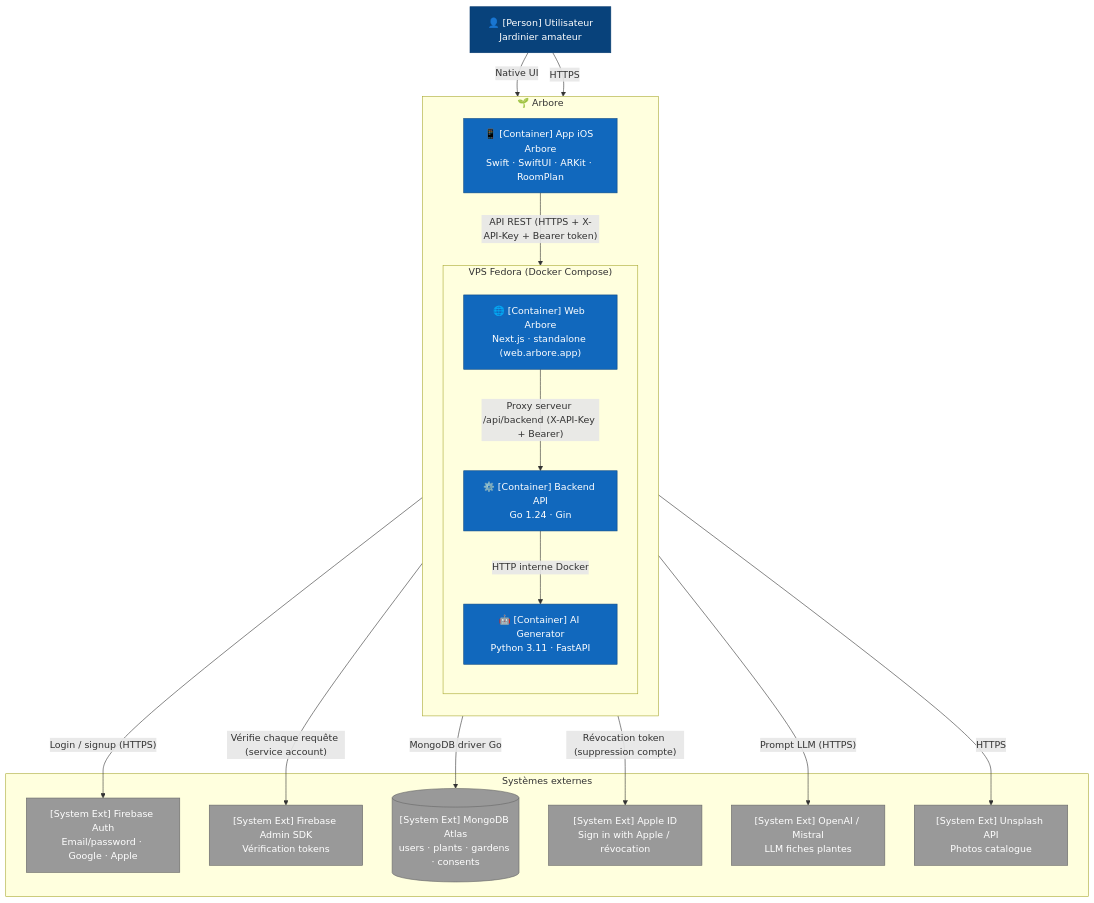
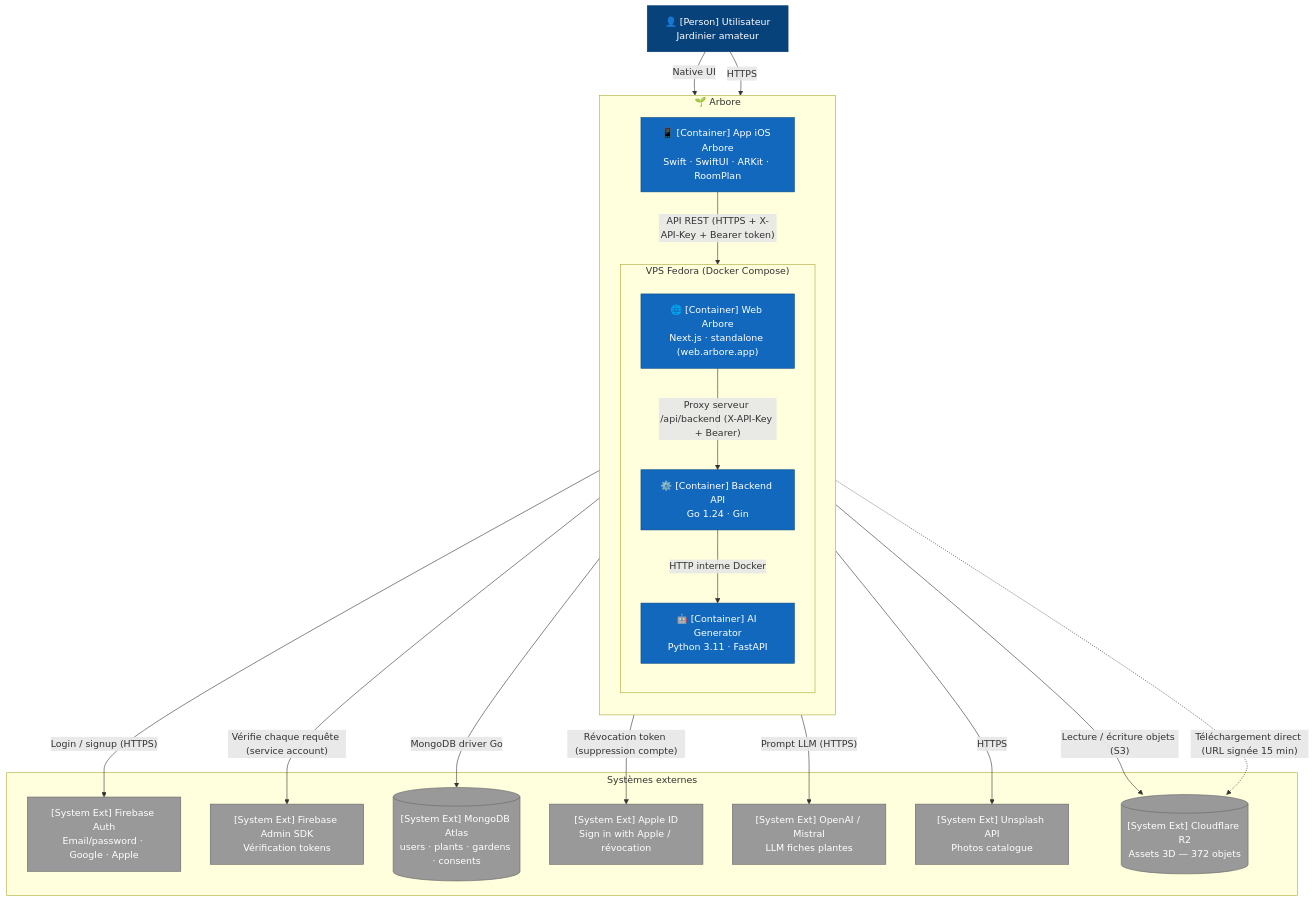
Before and after one commit to ArboreTeam/Arbore: the diagram in docs/fr/architecture/02-containers.md, drawn with Mermaid. The commit also changed 11 other files, not shown here.

````diff
--- a/docs/fr/architecture/02-containers.md
+++ b/docs/fr/architecture/02-containers.md
@@ -11,46 +11,49 @@
 ```mermaid
 flowchart TB
     user["👤 [Person] Utilisateur<br/>Jardinier amateur"]
 
     subgraph arbore["🌱 Arbore"]
         direction TB
         ios["📱 [Container] App iOS Arbore<br/>Swift · SwiftUI · ARKit · RoomPlan"]
 
         subgraph vps["VPS Fedora (Docker Compose)"]
             direction TB
             web["🌐 [Container] Web Arbore<br/>Next.js · standalone (web.arbore.app)"]
             backend["⚙️ [Container] Backend API<br/>Go 1.24 · Gin"]
             ai["🤖 [Container] AI Generator<br/>Python 3.11 · FastAPI"]
         end
     end
 
     subgraph ext["Systèmes externes"]
         firebase_auth["[System Ext] Firebase Auth<br/>Email/password · Google · Apple"]
         firebase_admin["[System Ext] Firebase Admin SDK<br/>Vérification tokens"]
         mongo[("[System Ext] MongoDB Atlas<br/>users · plants · gardens · consents")]
         apple["[System Ext] Apple ID<br/>Sign in with Apple / révocation"]
         llm["[System Ext] OpenAI / Mistral<br/>LLM fiches plantes"]
         unsplash["[System Ext] Unsplash API<br/>Photos catalogue"]
+        r2[("[System Ext] Cloudflare R2<br/>Assets 3D — 372 objets")]
     end
 
     user -- "Native UI"  --> ios
     user -- "HTTPS"      --> web
 
     ios     -- "Login / signup (HTTPS)"                        --> firebase_auth
     ios     -- "API REST (HTTPS + X-API-Key + Bearer token)"   --> backend
     web     -- "Proxy serveur /api/backend (X-API-Key + Bearer)" --> backend
 
     backend -- "Vérifie chaque requête (service account)"      --> firebase_admin
     backend -- "MongoDB driver Go"                             --> mongo
     backend -- "Révocation token (suppression compte)"         --> apple
     backend -- "HTTP interne Docker"                           --> ai
     backend -- "HTTPS"                                         --> unsplash
+    backend -- "Lecture / écriture objets (S3)"                --> r2
+    ios     -. "Téléchargement direct (URL signée 15 min)" .-> r2
     ai      -- "Prompt LLM (HTTPS)"                            --> llm
 
     classDef person   fill:#08427B,stroke:#073B6F,color:#fff
     classDef cont     fill:#1168BD,stroke:#0B4884,color:#fff
     classDef ext_node fill:#999,stroke:#666,color:#fff
     class user person
     class ios,web,backend,ai cont
-    class firebase_auth,firebase_admin,mongo,apple,llm,unsplash ext_node
+    class firebase_auth,firebase_admin,mongo,apple,llm,unsplash,r2 ext_node
 ```
````
